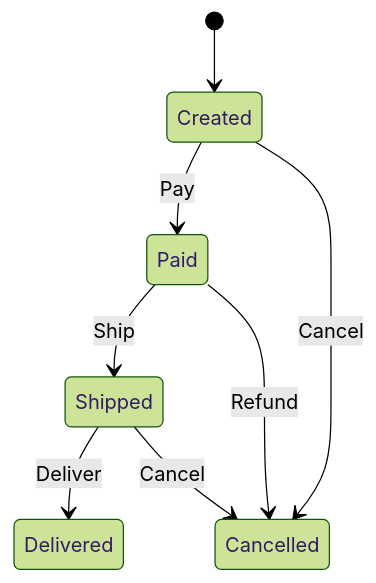
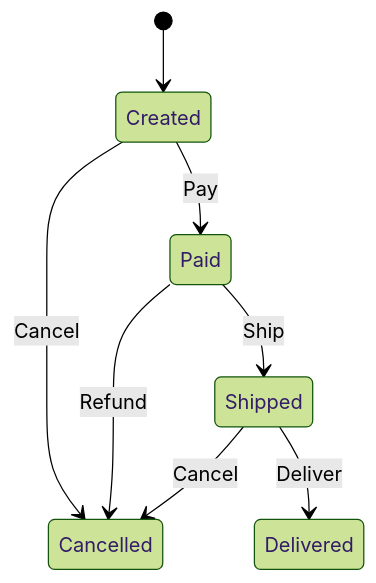
The diagram in examples/docs/order_state_machine.mermaid (kookyleo/yasm), drawn with Mermaid (forest theme) before and after one commit. The commit also changed other lines of this file and 14 other files, not shown here.

```diff
--- a/examples/docs/order_state_machine.mermaid
+++ b/examples/docs/order_state_machine.mermaid
@@ -1,8 +1,8 @@
 stateDiagram-v2
     [*] --> Created
+    Created --> Cancelled : Cancel
+    Paid --> Shipped : Ship
     Created --> Paid : Pay
+    Paid --> Cancelled : Refund
     Shipped --> Delivered : Deliver
-    Paid --> Shipped : Ship
     Shipped --> Cancelled : Cancel
-    Created --> Cancelled : Cancel
-    Paid --> Cancelled : Refund
```
